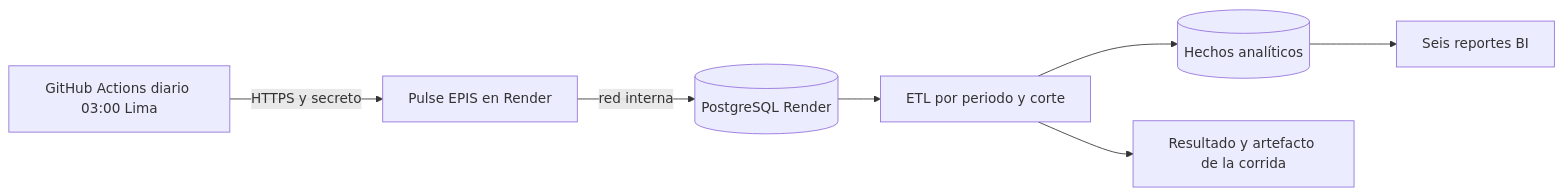
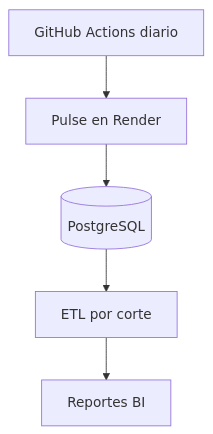
Before and after one commit to Kiara1616/pulse-epis: the second of 2 diagrams in docs/proyecto/29-Cierre-segunda-unidad.md, drawn with Mermaid. The commit also changed other lines of this file and 25 other files, not shown here.

````diff
--- a/docs/proyecto/29-Cierre-segunda-unidad.md
+++ b/docs/proyecto/29-Cierre-segunda-unidad.md
@@ -11,9 +21,7 @@
 ```mermaid
-flowchart LR
-    G[GitHub Actions diario 03:00 Lima] -->|HTTPS y secreto| R[Pulse EPIS en Render]
-    R -->|red interna| P[(PostgreSQL Render)]
-    P --> E[ETL por periodo y corte]
-    E --> F[(Hechos analíticos)]
-    F --> D[Seis reportes BI]
-    E --> A[Resultado y artefacto de la corrida]
+flowchart TD
+    S[GitHub Actions diario] --> R[Pulse en Render]
+    R --> P[(PostgreSQL)]
+    P --> E[ETL por corte]
+    E --> D[Reportes BI]
 ```
````
